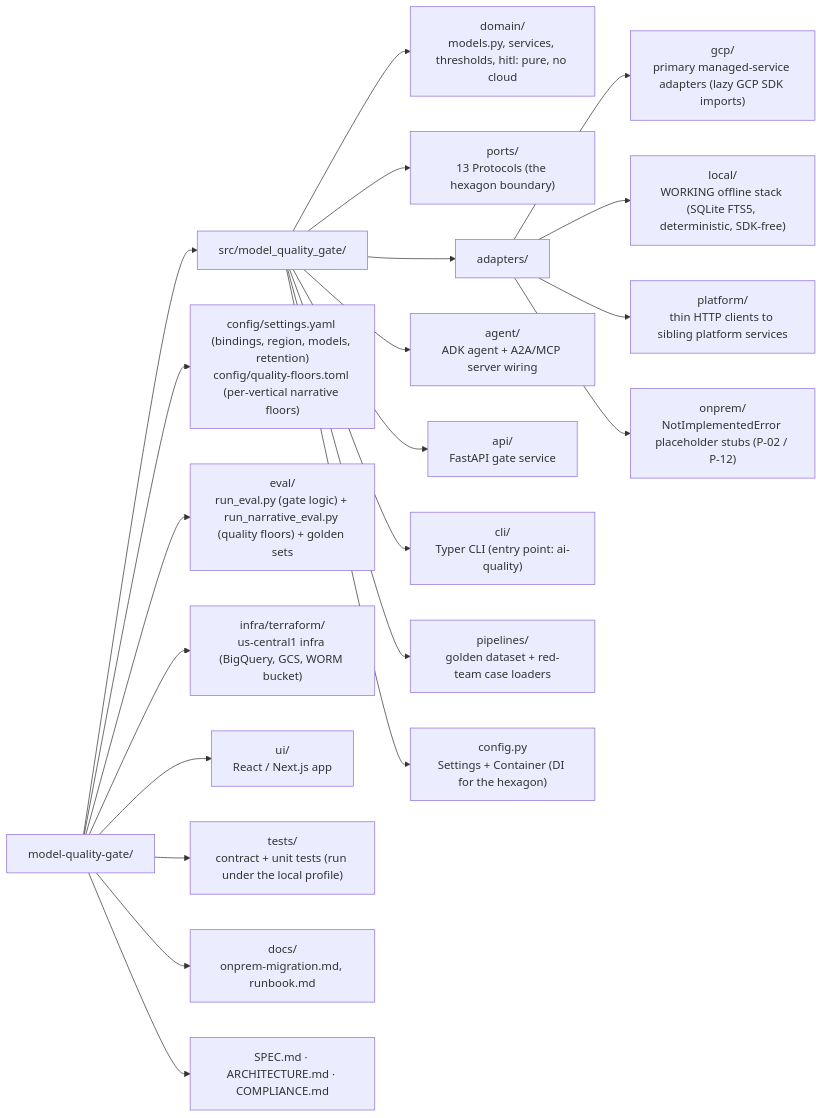
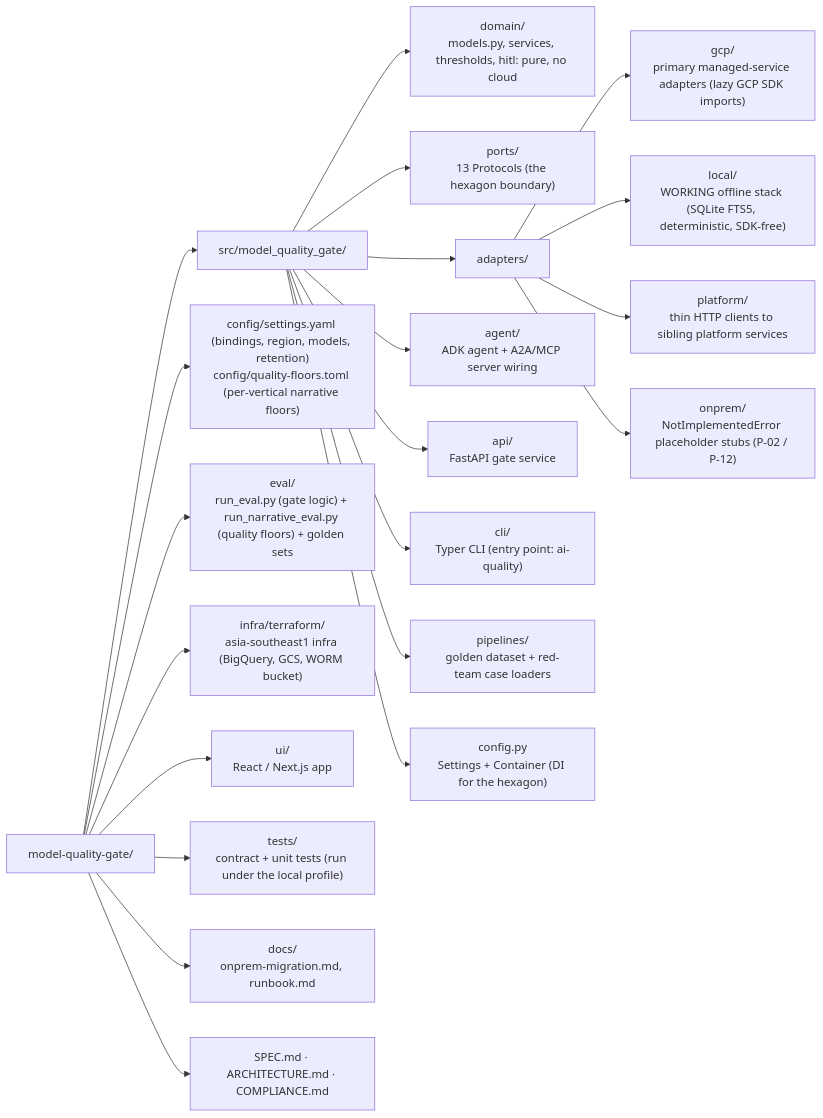
The third of 3 diagrams in README.md (portable-genai/model-quality-gate), drawn with Mermaid before and after one commit. The commit also changed other lines of this file and 18 other files, not shown here.

````diff
--- a/README.md
+++ b/README.md
@@ -385,45 +385,45 @@
 ```mermaid
 flowchart LR
     root["model-quality-gate/"]
     src["src/model_quality_gate/"]
     domain["domain/<br/>models.py, services, thresholds, hitl: pure, no cloud"]
     ports["ports/<br/>13 Protocols (the hexagon boundary)"]
     adapters["adapters/"]
     gcp["gcp/<br/>primary managed-service adapters (lazy GCP SDK imports)"]
     local["local/<br/>WORKING offline stack (SQLite FTS5, deterministic, SDK-free)"]
     platform["platform/<br/>thin HTTP clients to sibling platform services"]
     onprem["onprem/<br/>NotImplementedError placeholder stubs (P-02 / P-12)"]
     agent["agent/<br/>ADK agent + A2A/MCP server wiring"]
     api["api/<br/>FastAPI gate service"]
     cli["cli/<br/>Typer CLI (entry point: ai-quality)"]
     pipelines["pipelines/<br/>golden dataset + red-team case loaders"]
     srcconfig["config.py<br/>Settings + Container (DI for the hexagon)"]
     config["config/settings.yaml (bindings, region, models, retention)<br/>config/quality-floors.toml (per-vertical narrative floors)"]
     eval["eval/<br/>run_eval.py (gate logic) + run_narrative_eval.py (quality floors) + golden sets"]
-    terraform["infra/terraform/<br/>us-central1 infra (BigQuery, GCS, WORM bucket)"]
+    terraform["infra/terraform/<br/>asia-southeast1 infra (BigQuery, GCS, WORM bucket)"]
     ui["ui/<br/>React / Next.js app"]
     tests["tests/<br/>contract + unit tests (run under the local profile)"]
     docs["docs/<br/>onprem-migration.md, runbook.md"]
     topdocs["SPEC.md · ARCHITECTURE.md · COMPLIANCE.md"]
 
     root --> src
     src --> domain
     src --> ports
     src --> adapters
     adapters --> gcp
     adapters --> local
     adapters --> platform
     adapters --> onprem
     src --> agent
     src --> api
     src --> cli
     src --> pipelines
     src --> srcconfig
     root --> config
     root --> eval
     root --> terraform
     root --> ui
     root --> tests
     root --> docs
     root --> topdocs
 ```
````
